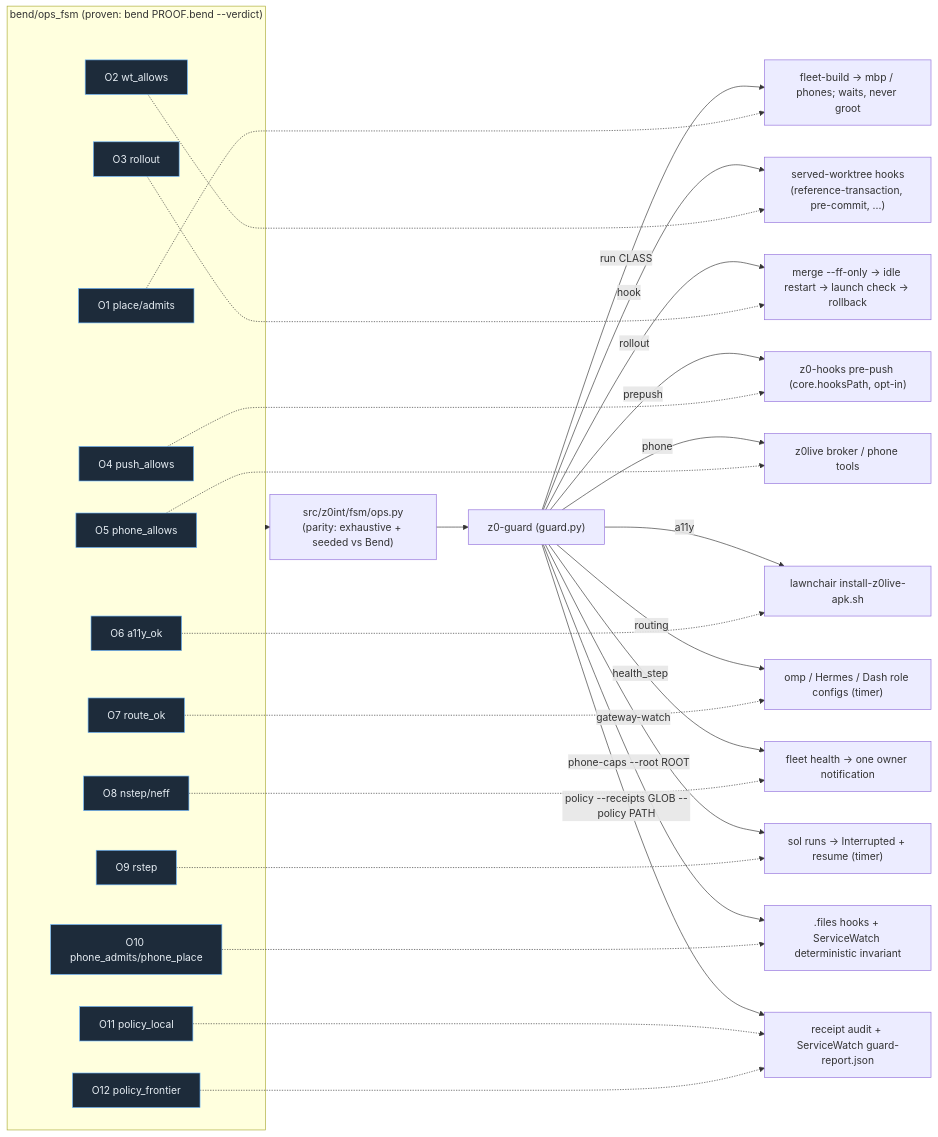
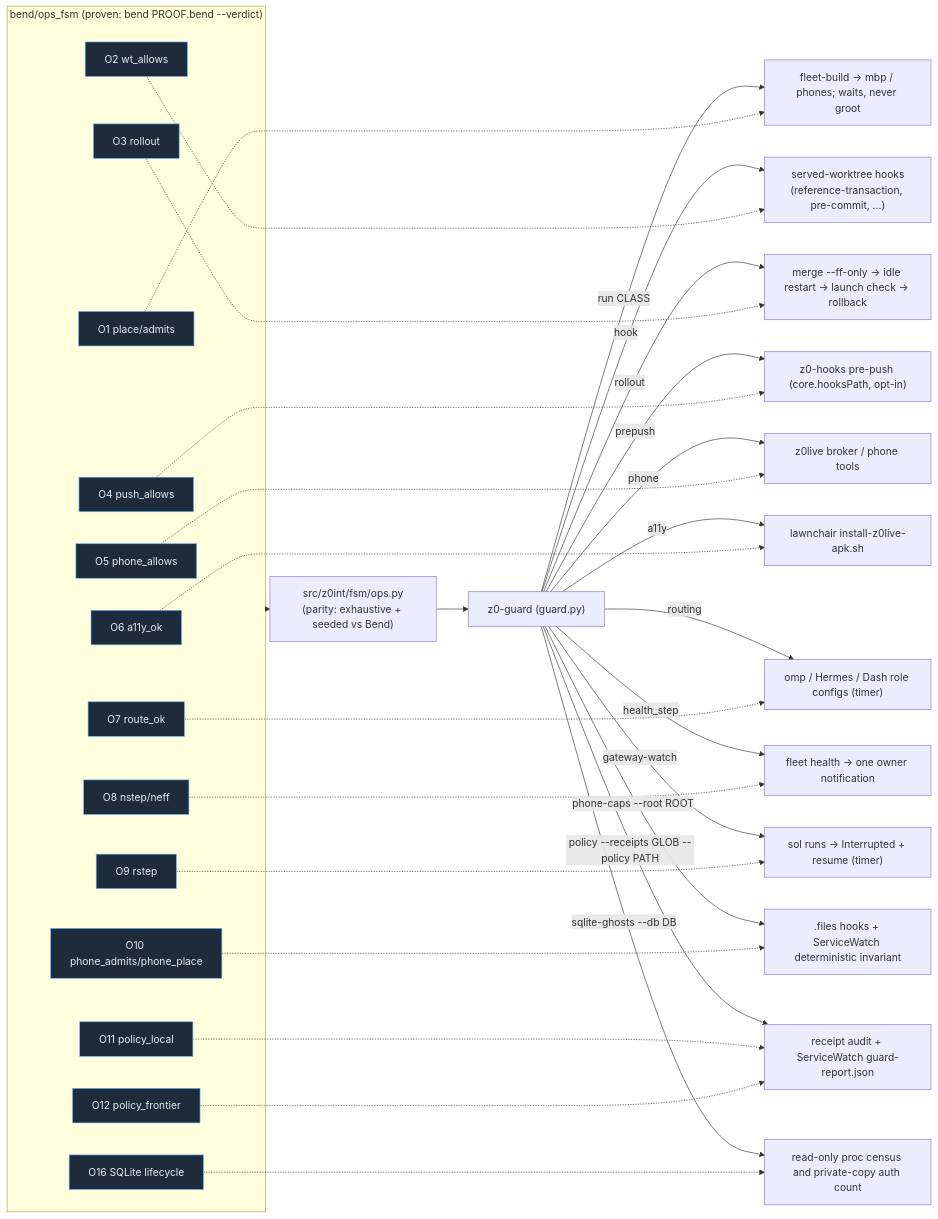
The diagram in docs/fsm/ops.md (kvnloo/z0intelligence), drawn with Mermaid before and after one commit. The commit also changed other lines of this file and 7 other files, not shown here.

````diff
--- a/docs/fsm/ops.md
+++ b/docs/fsm/ops.md
@@ -10,44 +10,47 @@
 ```mermaid
 flowchart LR
   subgraph Book["bend/ops_fsm (proven: bend PROOF.bend --verdict)"]
     O1[O1 place/admits]:::law
     O2[O2 wt_allows]:::law
     O3[O3 rollout]:::law
     O4[O4 push_allows]:::law
     O5[O5 phone_allows]:::law
     O6[O6 a11y_ok]:::law
     O7[O7 route_ok]:::law
     O8[O8 nstep/neff]:::law
     O9[O9 rstep]:::law
     O10[O10 phone_admits/phone_place]:::law
     O11[O11 policy_local]:::law
     O12[O12 policy_frontier]:::law
+    O16[O16 SQLite lifecycle]:::law
   end
   Twin["src/z0int/fsm/ops.py\n(parity: exhaustive + seeded vs Bend)"]
   Book ==> Twin
   Twin --> G["z0-guard (guard.py)"]
   G -->|run CLASS| FB["fleet-build -> mbp / phones; waits, never groot"]
   G -->|hook| HK["served-worktree hooks\n(reference-transaction, pre-commit, ...)"]
   G -->|rollout| RO["merge --ff-only -> idle restart -> launch check -> rollback"]
   G -->|prepush| PP["z0-hooks pre-push (core.hooksPath, opt-in)"]
   G -->|phone| ZL["z0live broker / phone tools"]
   G -->|a11y| LC["lawnchair install-z0live-apk.sh"]
   G -->|routing| RT["omp / Hermes / Dash role configs (timer)"]
   G -->|health_step| FH["fleet health -> one owner notification"]
   G -->|gateway-watch| GW["sol runs -> Interrupted + resume (timer)"]
   G -->|phone-caps --root ROOT| PC[".files hooks + ServiceWatch deterministic invariant"]
   G -->|policy --receipts GLOB --policy PATH| PG["receipt audit + ServiceWatch guard-report.json"]
   O1 -.-> FB
   O2 -.-> HK
   O3 -.-> RO
   O4 -.-> PP
   O5 -.-> ZL
   O6 -.-> LC
   O7 -.-> RT
   O8 -.-> FH
   O9 -.-> GW
   O10 -.-> PC
   O11 -.-> PG
   O12 -.-> PG
+  G -->|sqlite-ghosts --db DB| SQ["read-only proc census and private-copy auth count"]
+  O16 -.-> SQ
   classDef law fill:#1d2b3a,stroke:#6cb6ff,color:#e6edf3
 ```
````
